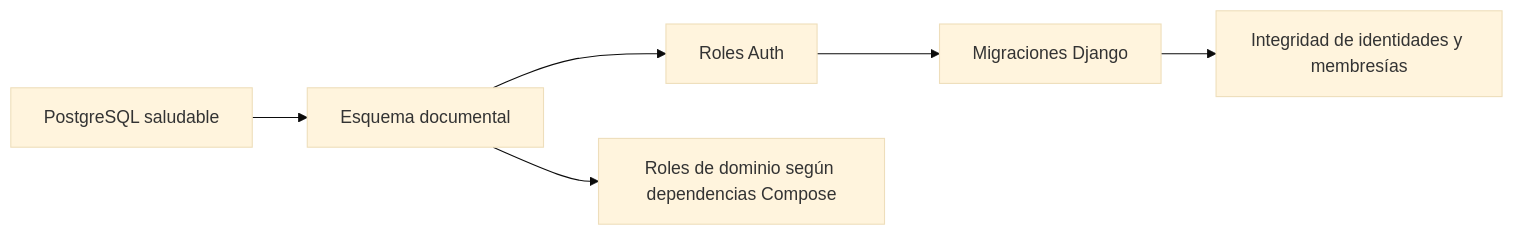
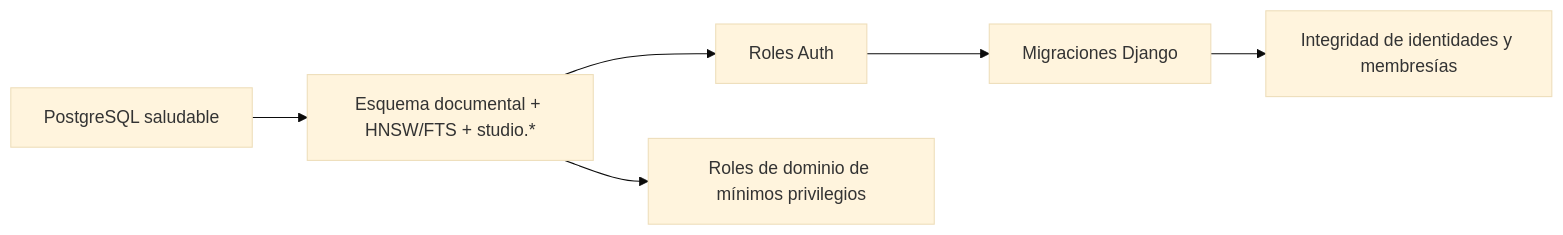
The diagram in scripts/database/README.md (Blandskron/AgenteIADocumental), drawn with Mermaid (base theme) before and after one commit. The commit also changed other lines of this file and 17 other files, not shown here.

````diff
--- a/scripts/database/README.md
+++ b/scripts/database/README.md
@@ -5,8 +5,8 @@
 ```mermaid
 flowchart LR
-    postgres["PostgreSQL saludable"] --> schema["Esquema documental"]
+    postgres["PostgreSQL saludable"] --> schema["Esquema documental + HNSW/FTS + studio.*"]
     schema --> roles["Roles Auth"]
     roles --> django["Migraciones Django"]
     django --> integrity["Integridad de identidades y membresías"]
-    schema --> domains["Roles de dominio según dependencias Compose"]
+    schema --> domains["Roles de dominio de mínimos privilegios"]
 ```
````
